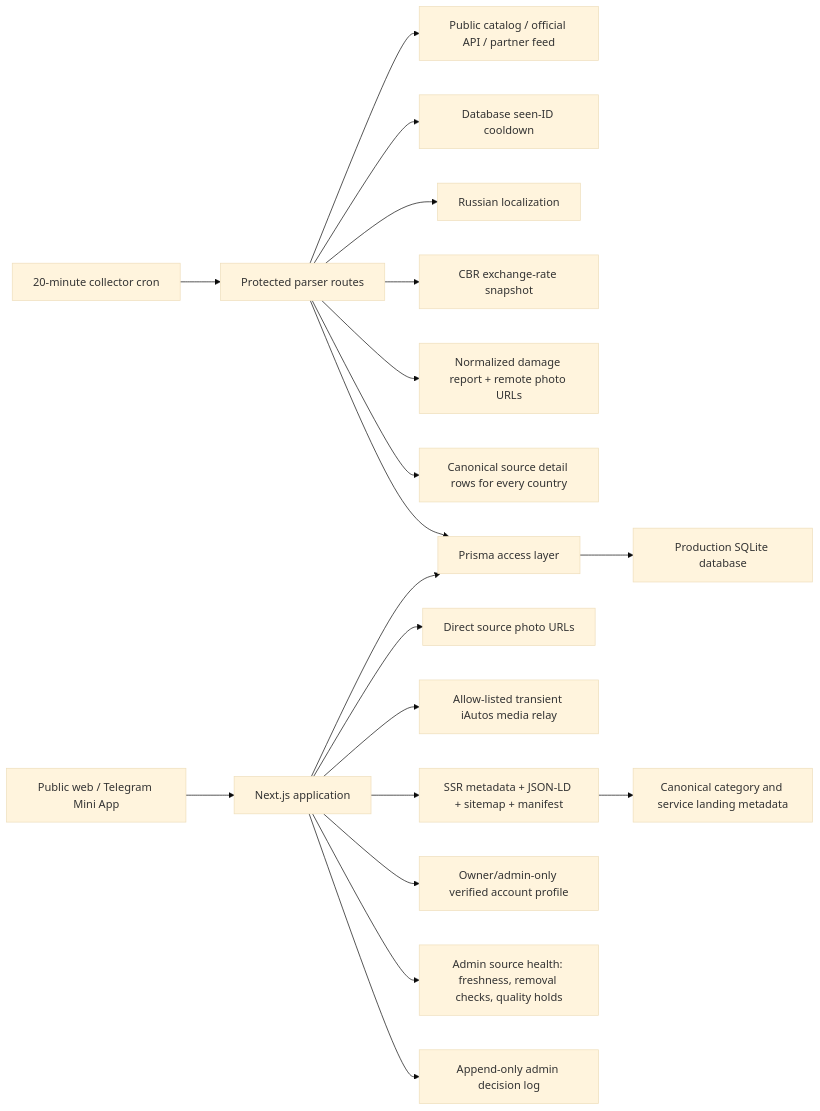
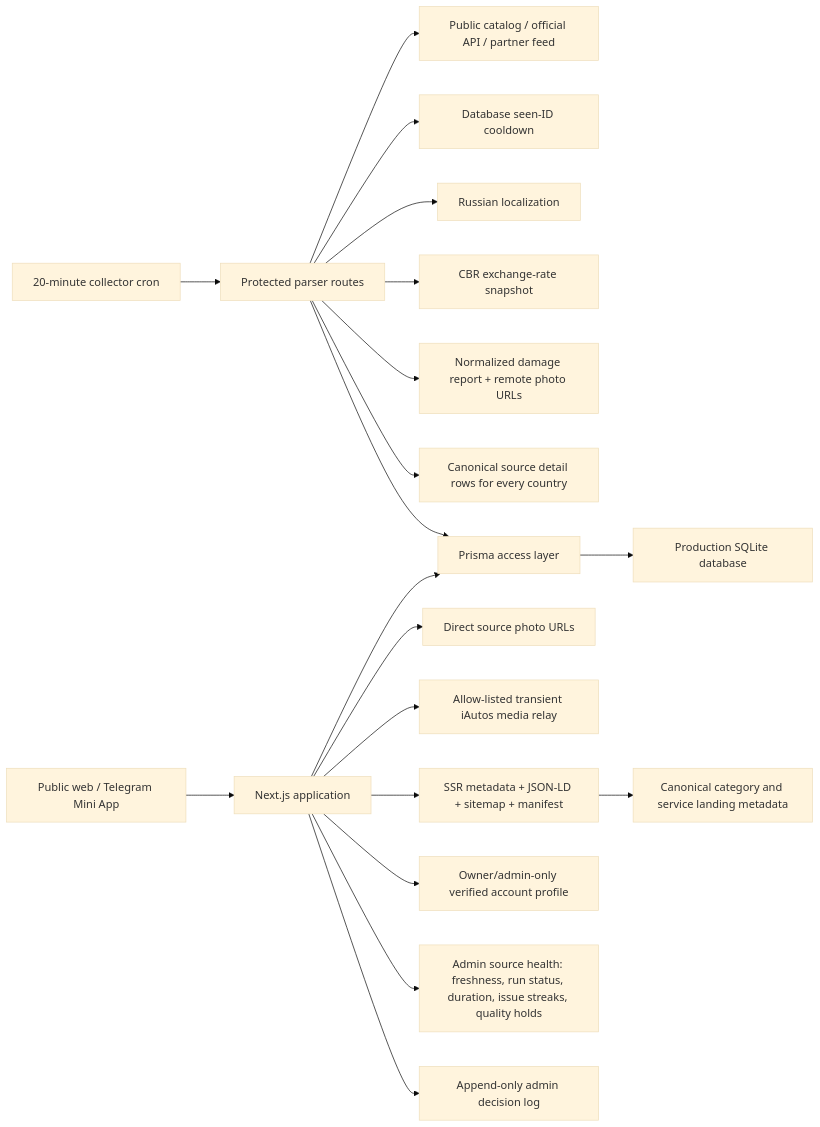
The first of 8 diagrams in docs/PROJECT_GRAPH.md (microsecret/automart), drawn with Mermaid (base theme) before and after one commit. The commit also changed other lines of this file and 8 other files, not shown here.

````diff
--- a/docs/PROJECT_GRAPH.md
+++ b/docs/PROJECT_GRAPH.md
@@ -8,21 +8,21 @@
 ```mermaid
 flowchart LR
   Browser["Public web / Telegram Mini App"] --> Next["Next.js application"]
   Next --> Prisma["Prisma access layer"]
   Prisma --> SQLite["Production SQLite database"]
   Cron["20-minute collector cron"] --> Parser["Protected parser routes"]
   Parser --> Sources["Public catalog / official API / partner feed"]
   Parser --> SeenStore["Database seen-ID cooldown"]
   Parser --> Translate["Russian localization"]
   Parser --> Rates["CBR exchange-rate snapshot"]
   Parser --> Inspection["Normalized damage report + remote photo URLs"]
   Parser --> UnifiedSpecs["Canonical source detail rows for every country"]
   Parser --> Prisma
   Next --> Media["Direct source photo URLs"]
   Next --> IautosMedia["Allow-listed transient iAutos media relay"]
   Next --> SEO["SSR metadata + JSON-LD + sitemap + manifest"]
   Next --> PrivateProfile["Owner/admin-only verified account profile"]
-  Next --> SourceHealth["Admin source health: freshness, removal checks, quality holds"]
+  Next --> SourceHealth["Admin source health: freshness, run status, duration, issue streaks, quality holds"]
   Next --> AdminAudit["Append-only admin decision log"]
   SEO --> LandingMetadata["Canonical category and service landing metadata"]
 ```
````
